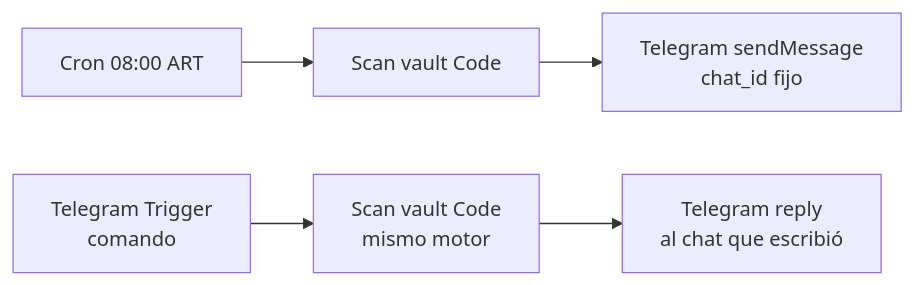
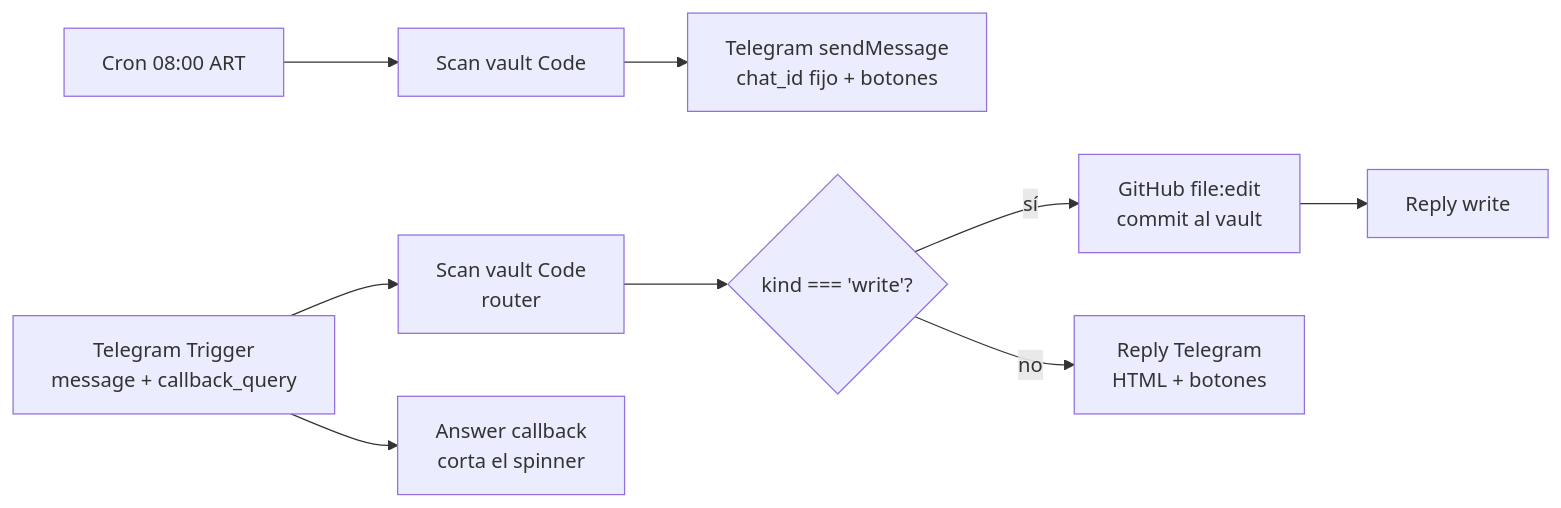
Before and after one commit to kolimbas/obsidian_innova: the diagram in n8n/clients/innova/flows/obsidian-pending-telegram-bot/plan.md, drawn with Mermaid. The commit also changed other lines of this file and 3 other files, not shown here.

````diff
--- a/n8n/clients/innova/flows/obsidian-pending-telegram-bot/plan.md
+++ b/n8n/clients/innova/flows/obsidian-pending-telegram-bot/plan.md
@@ -23,7 +23,10 @@
 ```mermaid
 flowchart LR
   CRON[Cron 08:00 ART] --> SCAN1[Scan vault Code]
-  SCAN1 --> SEND[Telegram sendMessage<br/>chat_id fijo]
-  TT[Telegram Trigger<br/>comando] --> SCAN2[Scan vault Code<br/>mismo motor]
-  SCAN2 --> REPLY[Telegram reply<br/>al chat que escribió]
+  SCAN1 --> SEND[Telegram sendMessage<br/>chat_id fijo + botones]
+  TT[Telegram Trigger<br/>message + callback_query] --> SCAN2[Scan vault Code<br/>router]
+  TT --> ANS[Answer callback<br/>corta el spinner]
+  SCAN2 --> IF{kind === 'write'?}
+  IF -->|sí| GH[GitHub file:edit<br/>commit al vault] --> RW[Reply write]
+  IF -->|no| REPLY[Reply Telegram<br/>HTML + botones]
 ```
````
